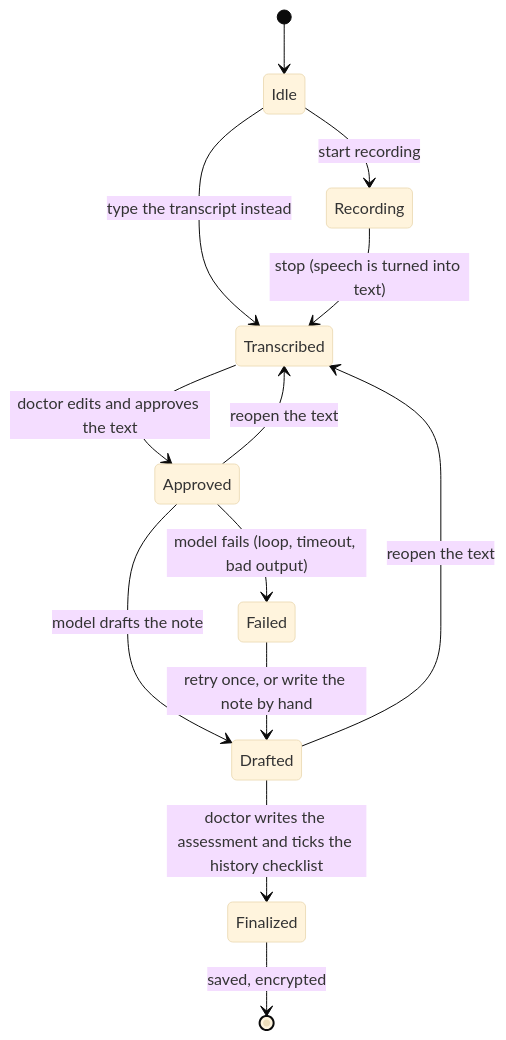
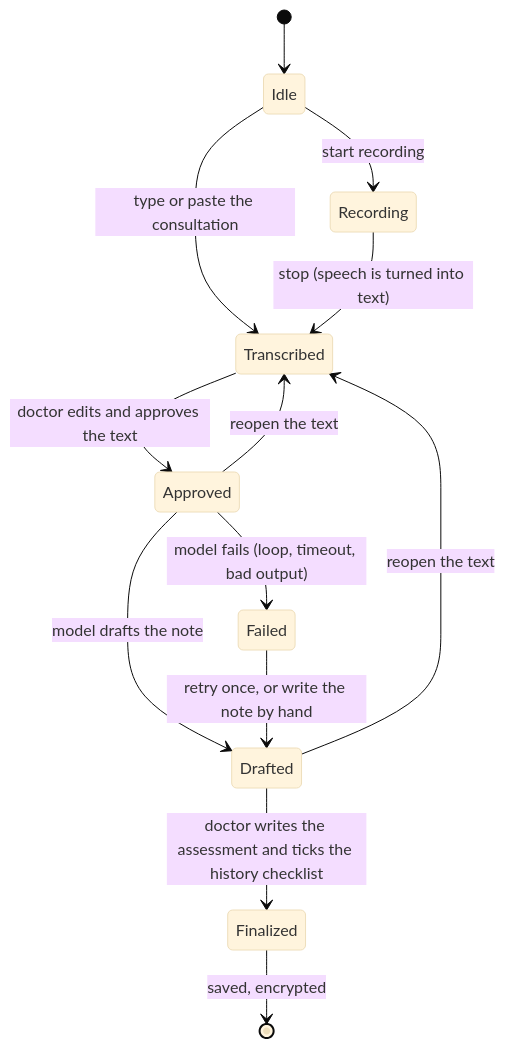
One commit to kinuthia-mark/Offline-Desktop-Based-Medical-Professional-Clinical-Consultation-Assistant- changed the first of 2 diagrams in README.md. Above: the diagram before and after it, drawn with Mermaid (base theme). The commit also changed other lines of this file and 3 other files, not shown here.

````diff
--- a/README.md
+++ b/README.md
@@ -75,15 +75,15 @@
 ```mermaid
 stateDiagram-v2
     [*] --> Idle
     Idle --> Recording: start recording
-    Idle --> Transcribed: type the transcript instead
+    Idle --> Transcribed: type or paste the consultation
     Recording --> Transcribed: stop (speech is turned into text)
     Transcribed --> Approved: doctor edits and approves the text
     Approved --> Drafted: model drafts the note
     Approved --> Failed: model fails (loop, timeout, bad output)
     Failed --> Drafted: retry once, or write the note by hand
     Drafted --> Finalized: doctor writes the assessment and ticks the history checklist
     Approved --> Transcribed: reopen the text
     Drafted --> Transcribed: reopen the text
     Finalized --> [*]: saved, encrypted
 ```
````
